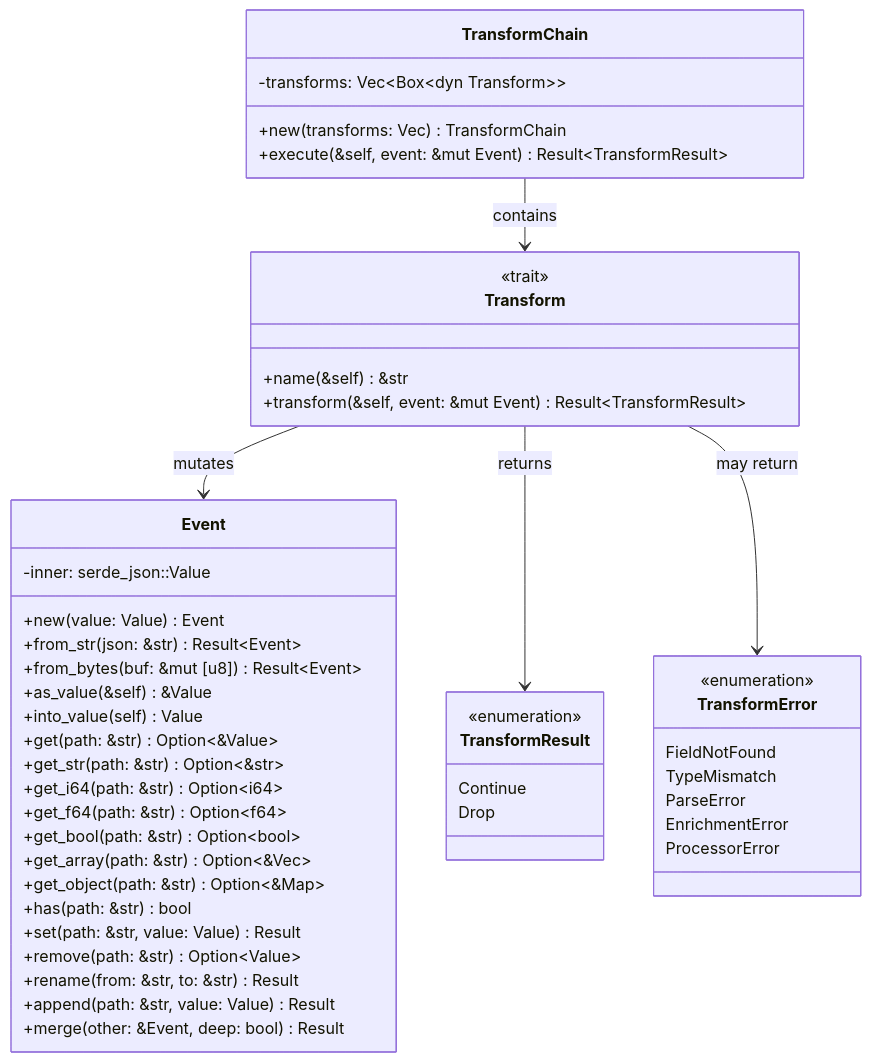
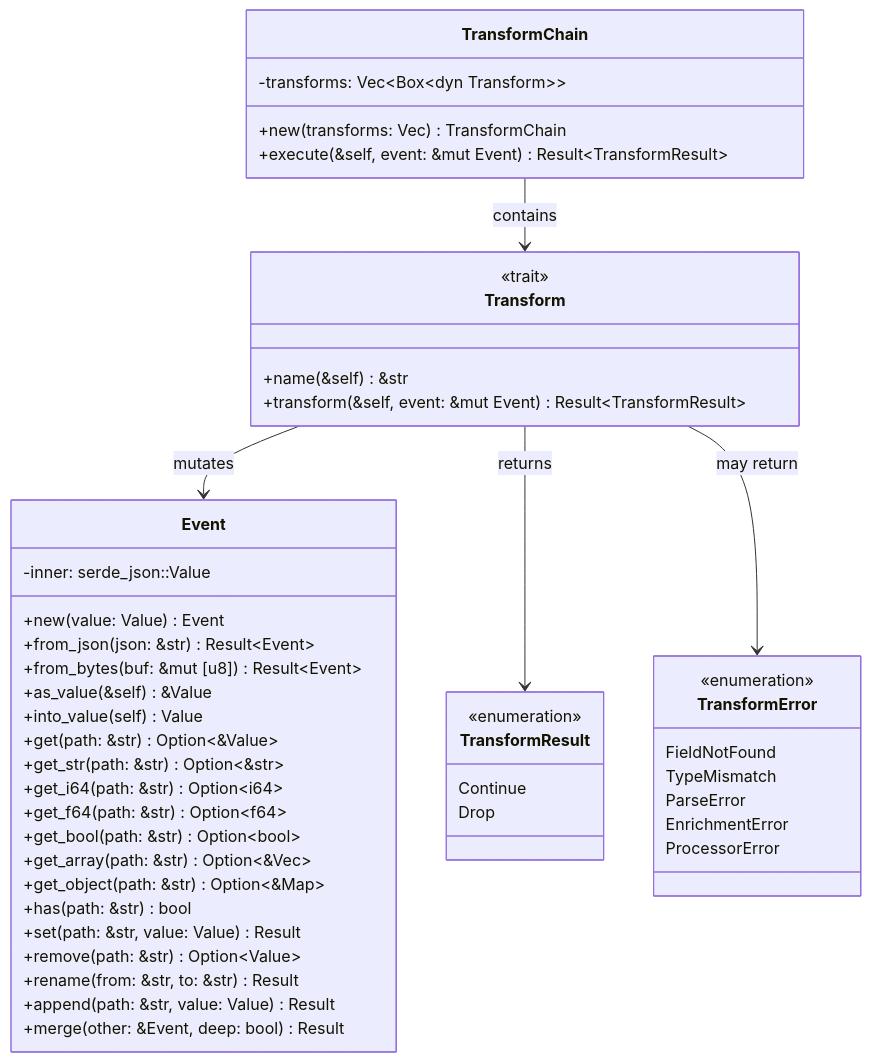
The fourth of 8 diagrams in docs/DESIGN.md (hyperi-io/dfe-transform-elastic), drawn with Mermaid before and after one commit. The commit also changed other lines of this file and 2 other files, not shown here.

````diff
--- a/docs/DESIGN.md
+++ b/docs/DESIGN.md
@@ -231,56 +231,56 @@
 ```mermaid
 classDiagram
     class Event {
         -inner: serde_json::Value
         +new(value: Value) Event
-        +from_str(json: &str) Result~Event~
+        +from_json(json: &str) Result~Event~
         +from_bytes(buf: &mut [u8]) Result~Event~
         +as_value(&self) &Value
         +into_value(self) Value
         +get(path: &str) Option~&Value~
         +get_str(path: &str) Option~&str~
         +get_i64(path: &str) Option~i64~
         +get_f64(path: &str) Option~f64~
         +get_bool(path: &str) Option~bool~
         +get_array(path: &str) Option~&Vec~
         +get_object(path: &str) Option~&Map~
         +has(path: &str) bool
         +set(path: &str, value: Value) Result
         +remove(path: &str) Option~Value~
         +rename(from: &str, to: &str) Result
         +append(path: &str, value: Value) Result
         +merge(other: &Event, deep: bool) Result
     }
 
     class TransformResult {
         <<enumeration>>
         Continue
         Drop
     }
 
     class Transform {
         <<trait>>
         +name(&self) &str
         +transform(&self, event: &mut Event) Result~TransformResult~
     }
 
     class TransformChain {
         -transforms: Vec~Box~dyn Transform~~
         +new(transforms: Vec) TransformChain
         +execute(&self, event: &mut Event) Result~TransformResult~
     }
 
     class TransformError {
         <<enumeration>>
         FieldNotFound
         TypeMismatch
         ParseError
         EnrichmentError
         ProcessorError
     }
 
     TransformChain --> Transform : contains
     Transform --> Event : mutates
     Transform --> TransformResult : returns
     Transform --> TransformError : may return
 ```
````
